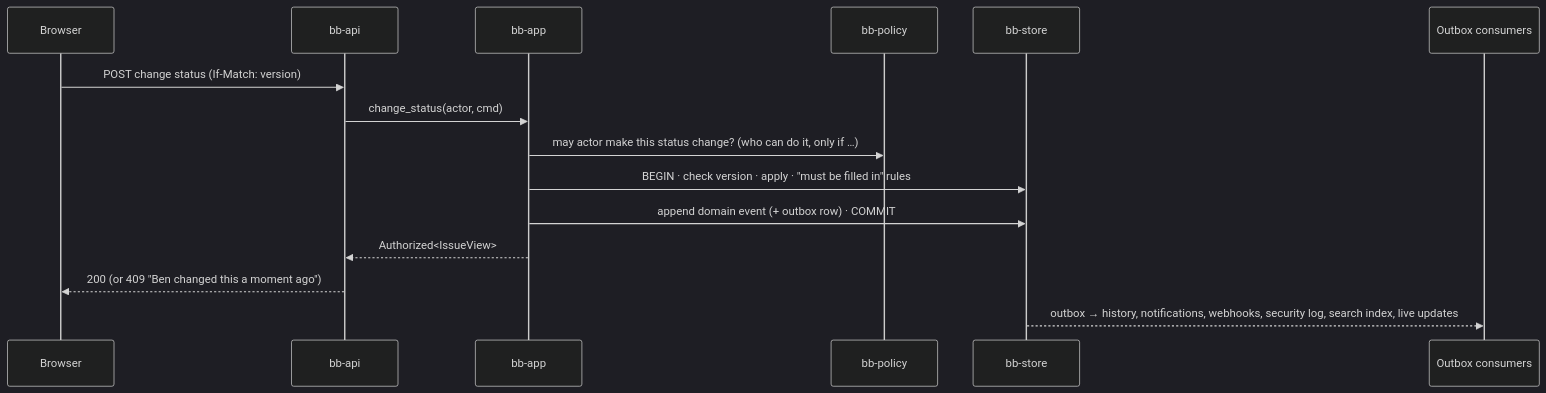
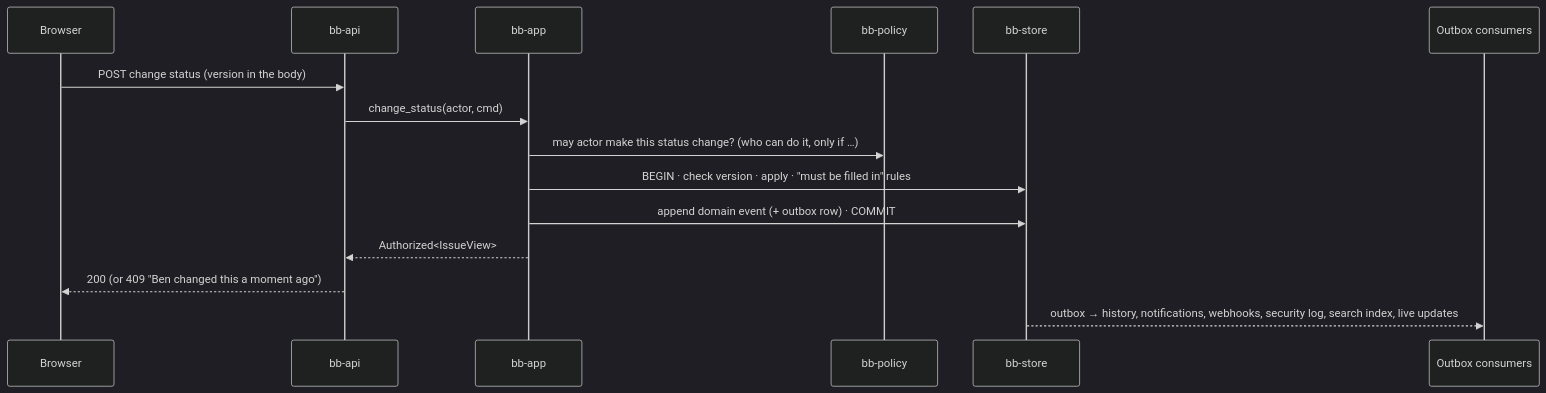
One commit to Nusi42/Bugaboo changed the third of 5 diagrams in docs/architecture/05-runtime.md. Above: the diagram before and after it, drawn with Mermaid (dark theme). The commit also changed other lines of this file and 15 other files, not shown here.

````diff
--- a/docs/architecture/05-runtime.md
+++ b/docs/architecture/05-runtime.md
@@ -52,17 +52,17 @@
 ```mermaid
 sequenceDiagram
   participant B as Browser
   participant A as bb-api
   participant U as bb-app
   participant P as bb-policy
   participant S as bb-store
   participant O as Outbox consumers
-  B->>A: POST change status (If-Match: version)
+  B->>A: POST change status (version in the body)
   A->>U: change_status(actor, cmd)
   U->>P: may actor make this status change? (who can do it, only if …)
   U->>S: BEGIN · check version · apply · "must be filled in" rules
   U->>S: append domain event (+ outbox row) · COMMIT
   U-->>A: Authorized<IssueView>
   A-->>B: 200 (or 409 "Ben changed this a moment ago")
   S-->>O: outbox → history, notifications, webhooks, security log, search index, live updates
 ```
````
